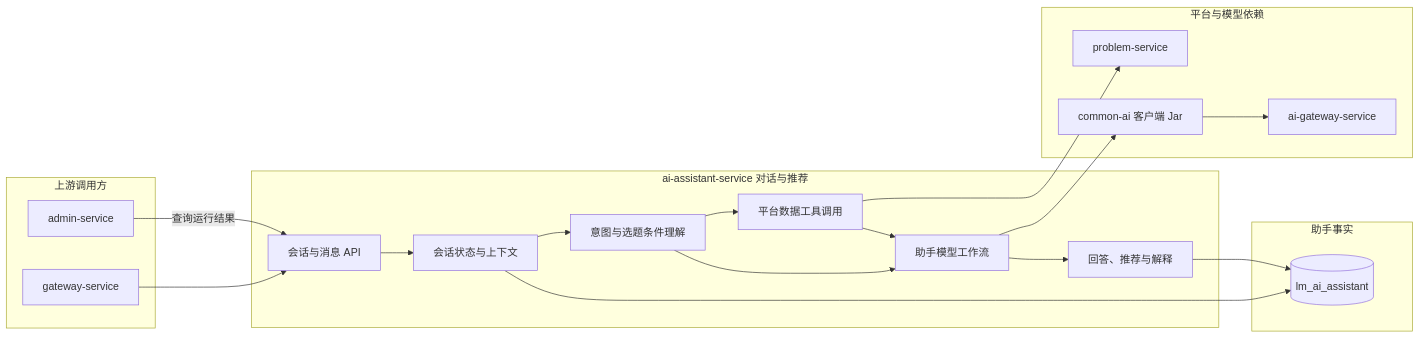
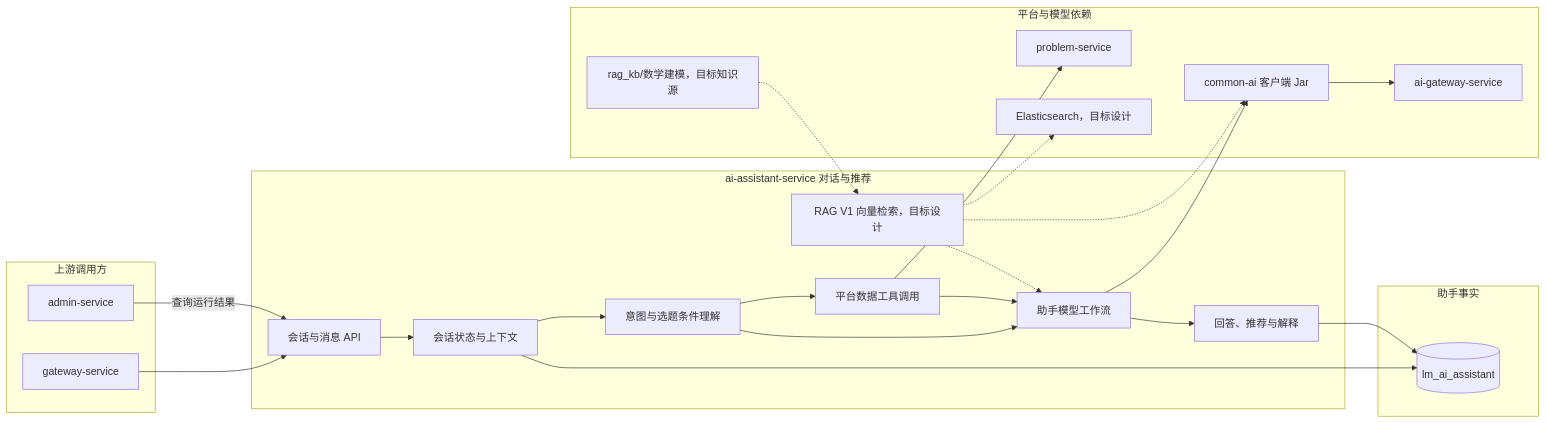
One commit to Dorian7Alden/LeetModel changed the diagram in docs/project/03-微服务设计/ai-assistant-service/README.md. Above: the diagram before and after it, drawn with Mermaid. The commit also changed other lines of this file and 4 other files, not shown here.

````diff
--- a/docs/project/03-微服务设计/ai-assistant-service/README.md
+++ b/docs/project/03-微服务设计/ai-assistant-service/README.md
@@ -20,41 +20,48 @@
 ```mermaid
 flowchart LR
     subgraph callers["上游调用方"]
         apiGateway["gateway-service"]
         adminService["admin-service"]
     end
 
     subgraph assistant["ai-assistant-service 对话与推荐"]
         conversationApi["会话与消息 API"]
         sessionContext["会话状态与上下文"]
         intent["意图与选题条件理解"]
         toolQuery["平台数据工具调用"]
         assistantWorkflow["助手模型工作流"]
+        ragRetriever["RAG V1 向量检索，目标设计"]
         response["回答、推荐与解释"]
 
         conversationApi --> sessionContext
         sessionContext --> intent
         intent --> toolQuery
         intent --> assistantWorkflow
         toolQuery --> assistantWorkflow
+        ragRetriever -.-> assistantWorkflow
         assistantWorkflow --> response
     end
 
     subgraph dependencies["平台与模型依赖"]
         problemService["problem-service"]
         commonAi["common-ai 客户端 Jar"]
         aiGateway["ai-gateway-service"]
+        elasticsearch["Elasticsearch，目标设计"]
+        ragKnowledge["rag_kb/数学建模，目标知识源"]
     end
 
     subgraph data["助手事实"]
         assistantDatabase[(lm_ai_assistant)]
     end
 
     apiGateway --> conversationApi
     adminService -->|"查询运行结果"| conversationApi
     toolQuery --> problemService
     assistantWorkflow --> commonAi
+    ragRetriever -.-> commonAi
+    ragRetriever -.-> elasticsearch
+    ragKnowledge -.-> ragRetriever
     commonAi --> aiGateway
     sessionContext --> assistantDatabase
     response --> assistantDatabase
 ```
````
